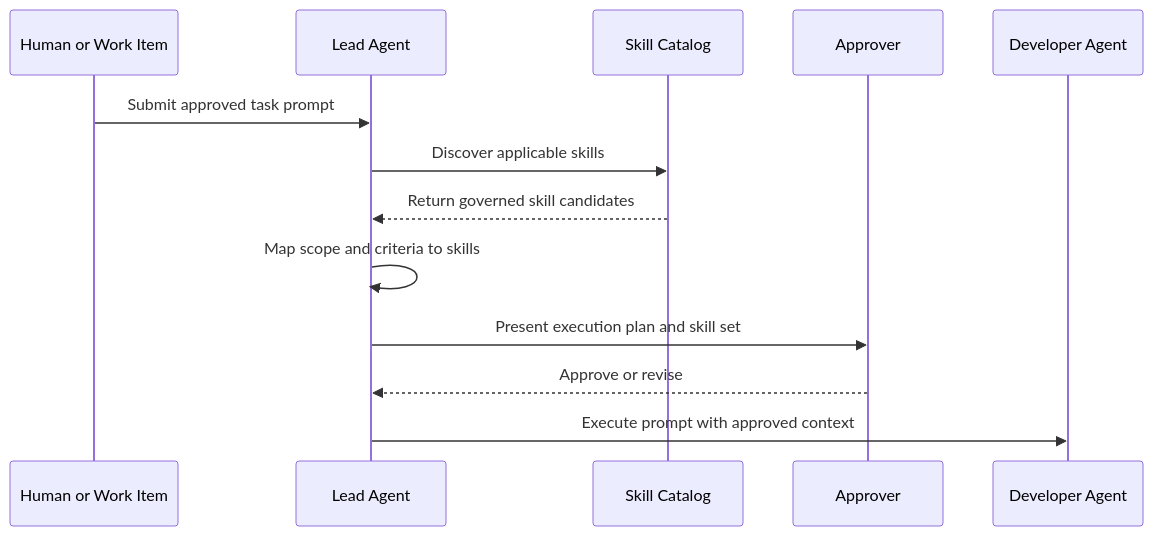
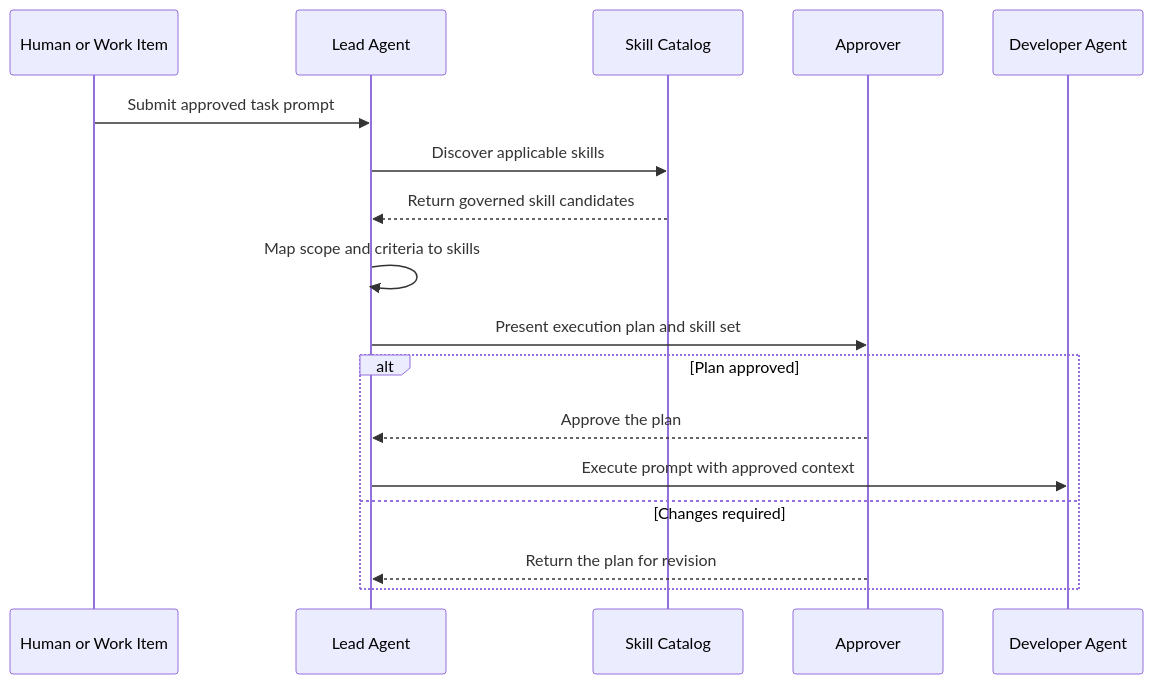
The third of 13 diagrams in book/08-prompts.md (sheikh-zeeshan/Enterprise-AI-Engineering-Handbook), drawn with Mermaid before and after one commit. The commit also changed other lines of this file and 49 other files, not shown here.

````diff
--- a/book/08-prompts.md
+++ b/book/08-prompts.md
@@ -1569,16 +1537,20 @@
 ```mermaid
 sequenceDiagram
     participant H as Human or Work Item
     participant L as Lead Agent
     participant C as Skill Catalog
     participant A as Approver
     participant D as Developer Agent
 
     H->>L: Submit approved task prompt
     L->>C: Discover applicable skills
     C-->>L: Return governed skill candidates
     L->>L: Map scope and criteria to skills
     L->>A: Present execution plan and skill set
-    A-->>L: Approve or revise
-    L->>D: Execute prompt with approved context
+    alt Plan approved
+        A-->>L: Approve the plan
+        L->>D: Execute prompt with approved context
+    else Changes required
+        A-->>L: Return the plan for revision
+    end
 ```
````
